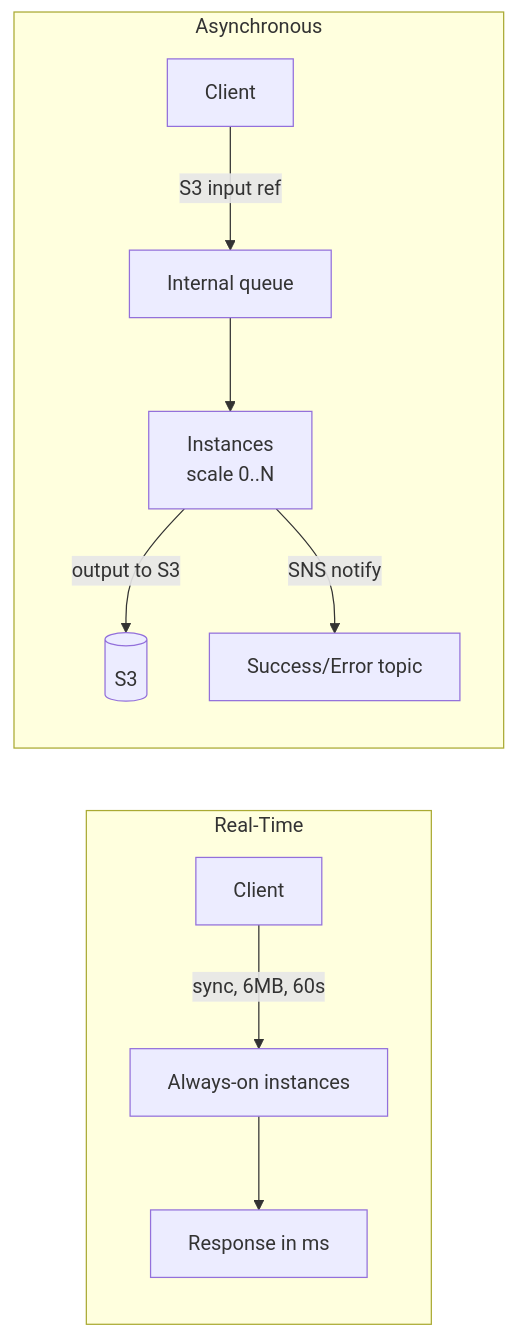
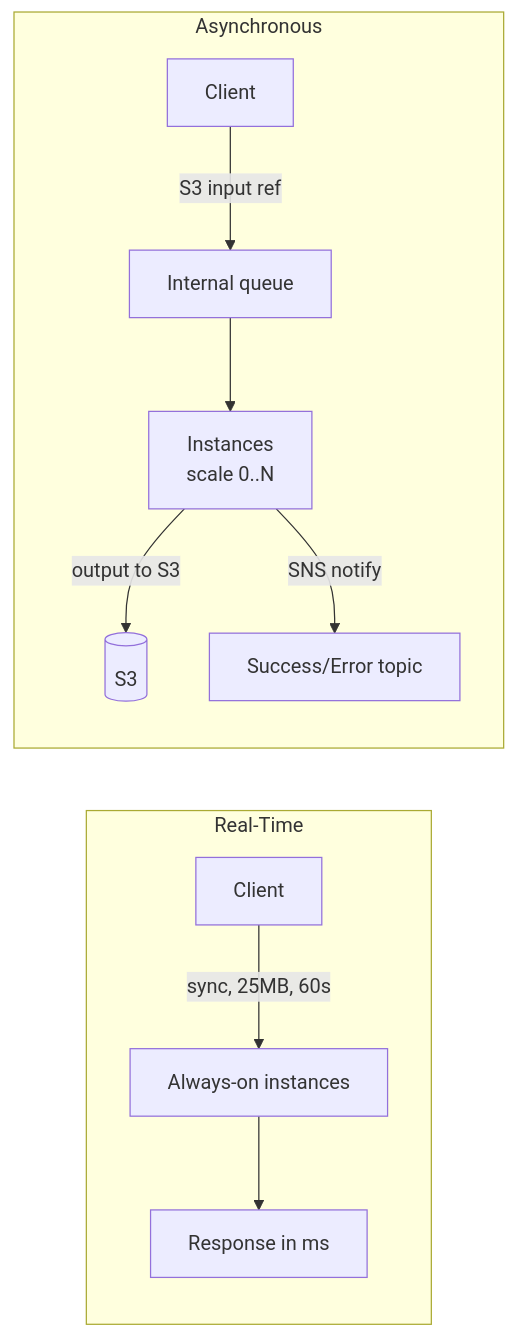
Before and after one commit to aneshus95/ai-system-design-guide: the second of 5 diagrams in 24-aws-ai-certification/mla-c01/03-deployment-and-orchestration.md, drawn with Mermaid. The commit also changed other lines of this file and 15 other files, not shown here.

````diff
--- a/24-aws-ai-certification/mla-c01/03-deployment-and-orchestration.md
+++ b/24-aws-ai-certification/mla-c01/03-deployment-and-orchestration.md
@@ -100,13 +100,13 @@
 ```mermaid
 flowchart LR
     subgraph RT[Real-Time]
-      RQ[Client] -->|sync, 6MB, 60s| RE[Always-on instances]
+      RQ[Client] -->|sync, 25MB, 60s| RE[Always-on instances]
       RE --> RR[Response in ms]
     end
     subgraph AS[Asynchronous]
       AQ[Client] -->|S3 input ref| AQU[Internal queue]
       AQU --> AE[Instances<br/>scale 0..N]
       AE -->|output to S3| AS3[(S3)]
       AE -->|SNS notify| ASN[Success/Error topic]
     end
 ```
````
